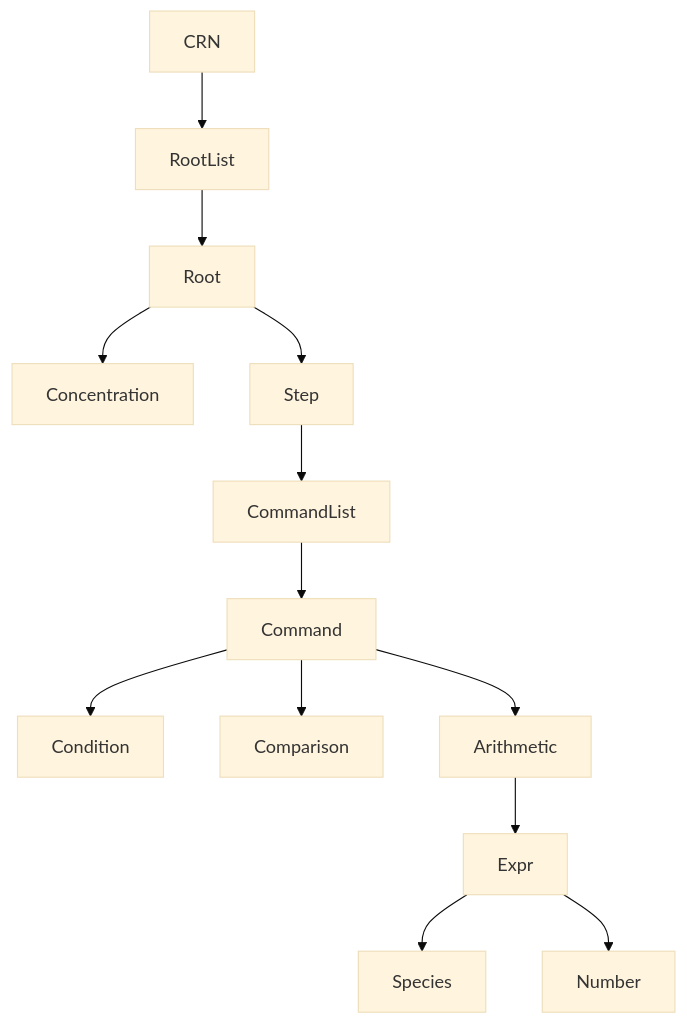
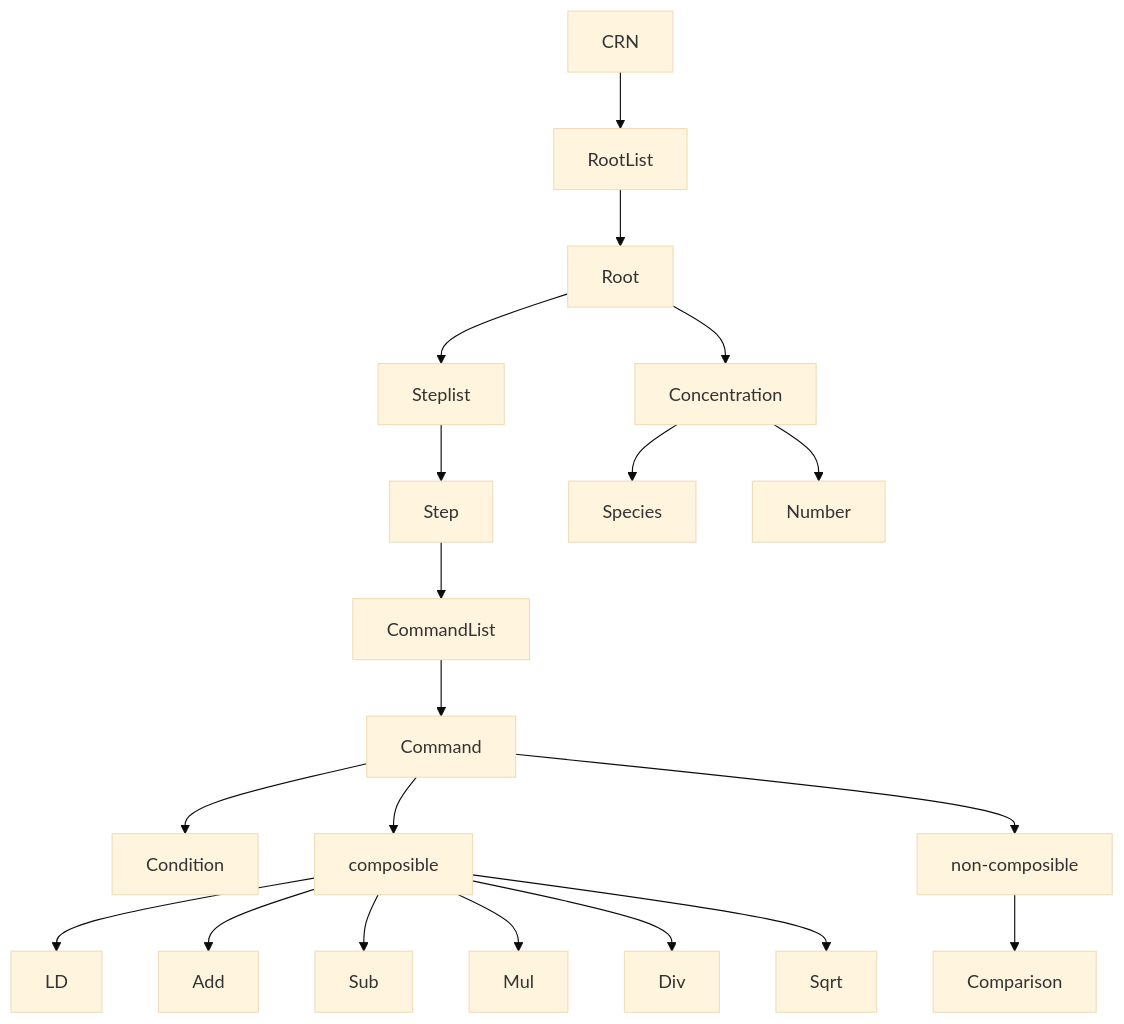
Before and after one commit to cestoon/CRN_Project2: the diagram in AST/AstTree.md, drawn with Mermaid (base theme). The commit also changed 2 other files, not shown here.

Commit message:
new AST tree

````diff
--- a/AST/AstTree.md
+++ b/AST/AstTree.md
@@ -1,29 +1,41 @@
 ```mermaid
     graph TB
     CRN[CRN]
     RootList[RootList]
     Root[Root]
     Concentration[Concentration]
     Step[Step]
     CommandList[CommandList]
     Command[Command]
     Condition[Condition]
     Comparison[Comparison]
-    Arithmetic[Arithmetic]
-    Expr[Expr]
+    LD[LD]
+    Add[Add]
+    Sub[Sub]
+    Mul[Mul]
+    Div[Div]
+    Sqrt[Sqrt]
+    
     Species[Species]
     Number[Number]
 
     CRN --> RootList
     RootList --> Root
     Root --> Concentration
-    Root --> Step
+    Concentration --> Species
+    Concentration --> Number
+    Root --> Steplist --> Step
     Step --> CommandList
     CommandList --> Command
     Command --> Condition
-    Command --> Comparison
-    Command --> Arithmetic
-    Arithmetic --> Expr
-    Expr --> Species
-    Expr --> Number
+    Command --> composible
+    Command --> non-composible
+    composible --> LD
+    composible --> Add
+    composible --> Sub
+    composible --> Mul
+    composible --> Div
+    composible --> Sqrt
+    non-composible --> Comparison
+    
 ```
````
